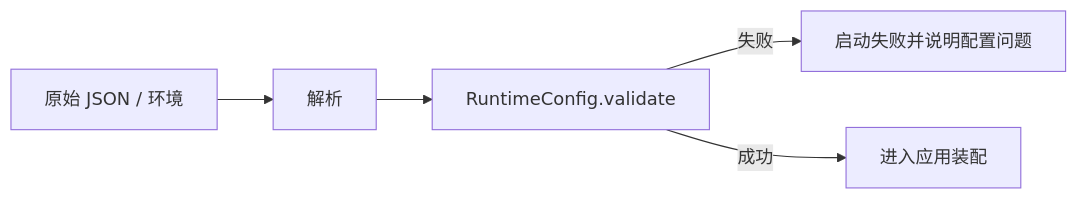
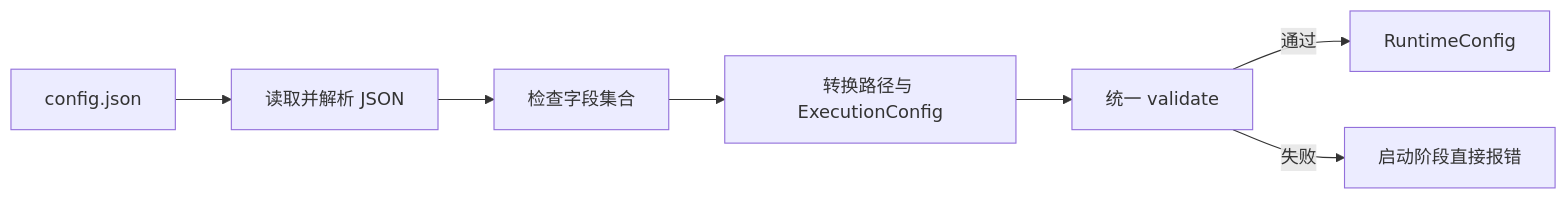
Before and after one commit to Arthur999459up/GitAgent: the second of 12 diagrams in docs/13-application-config-and-prompts.md, drawn with Mermaid. The commit also changed other lines of this file and 16 other files, not shown here.

````diff
--- a/docs/13-application-config-and-prompts.md
+++ b/docs/13-application-config-and-prompts.md
@@ -50,7 +60,9 @@
 ```mermaid
 flowchart LR
-    J[原始 JSON / 环境] --> P[解析]
-    P --> V[RuntimeConfig.validate]
-    V -->|失败| E[启动失败并说明配置问题]
-    V -->|成功| B[进入应用装配]
+    F[config.json] --> J[读取并解析 JSON]
+    J --> S[检查字段集合]
+    S --> N[转换路径与 ExecutionConfig]
+    N --> V[统一 validate]
+    V -->|通过| R[RuntimeConfig]
+    V -->|失败| E[启动阶段直接报错]
 ```
````
